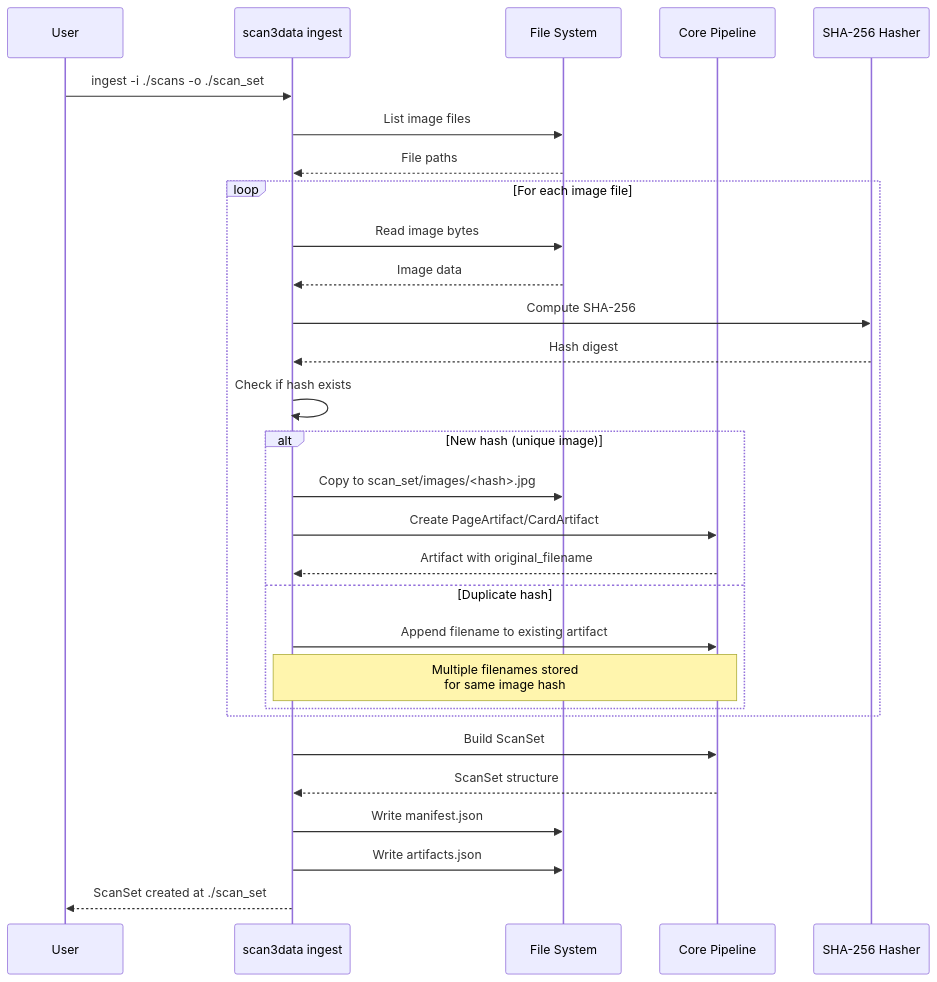
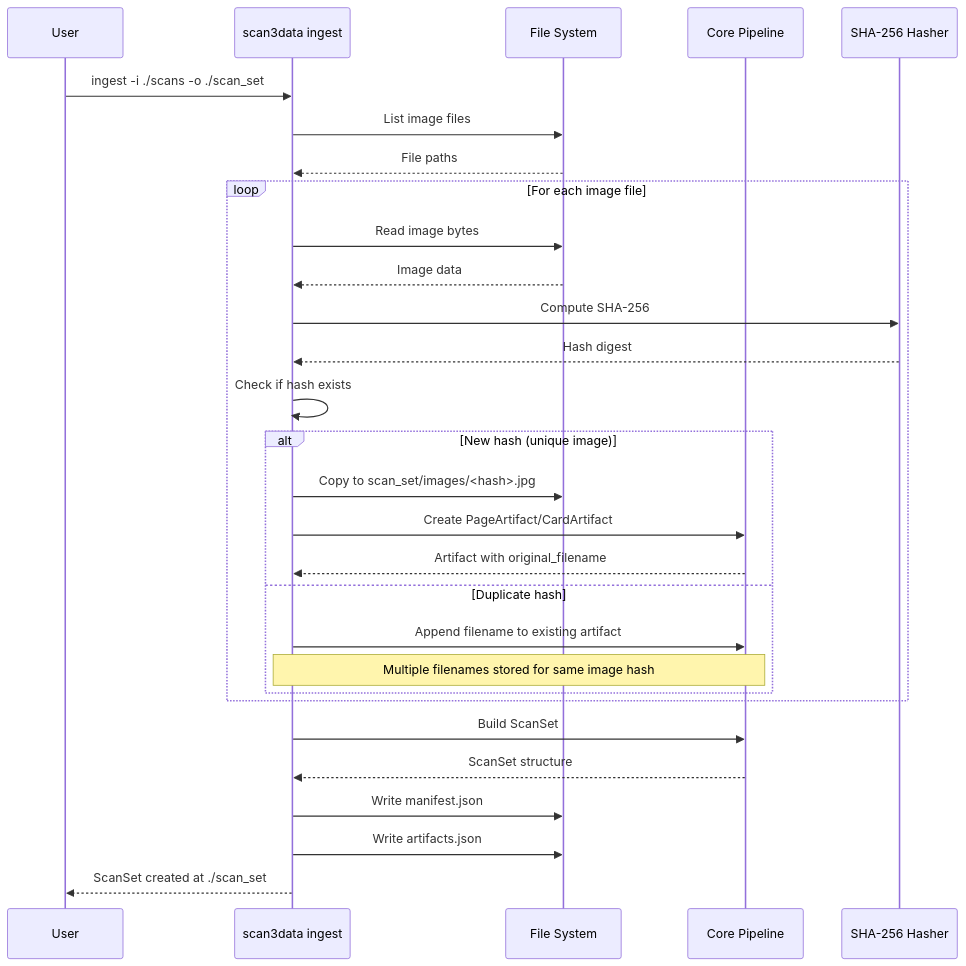
Before and after one commit to softwarewrighter/scan3data: the second of 15 diagrams in wiki/Data-Flow.md, drawn with Mermaid. The commit also changed other lines of this file and 6 other files, not shown here.

First line of the commit message:
Fix wiki Mermaid diagrams: remove <br/> tags

````diff
--- a/wiki/Data-Flow.md
+++ b/wiki/Data-Flow.md
@@ -55,35 +55,35 @@
 ```mermaid
 sequenceDiagram
     participant User
     participant CLI as scan3data ingest
     participant FS as File System
     participant Core as Core Pipeline
     participant Hash as SHA-256 Hasher
 
     User->>CLI: ingest -i ./scans -o ./scan_set
     CLI->>FS: List image files
     FS-->>CLI: File paths
 
     loop For each image file
         CLI->>FS: Read image bytes
         FS-->>CLI: Image data
         CLI->>Hash: Compute SHA-256
         Hash-->>CLI: Hash digest
         CLI->>CLI: Check if hash exists
 
         alt New hash (unique image)
             CLI->>FS: Copy to scan_set/images/<hash>.jpg
             CLI->>Core: Create PageArtifact/CardArtifact
             Core-->>CLI: Artifact with original_filename
         else Duplicate hash
             CLI->>Core: Append filename to existing artifact
-            Note over CLI,Core: Multiple filenames stored<br/>for same image hash
+            Note over CLI,Core: Multiple filenames stored for same image hash
         end
     end
 
     CLI->>Core: Build ScanSet
     Core-->>CLI: ScanSet structure
     CLI->>FS: Write manifest.json
     CLI->>FS: Write artifacts.json
     CLI-->>User: ScanSet created at ./scan_set
 ```
````
